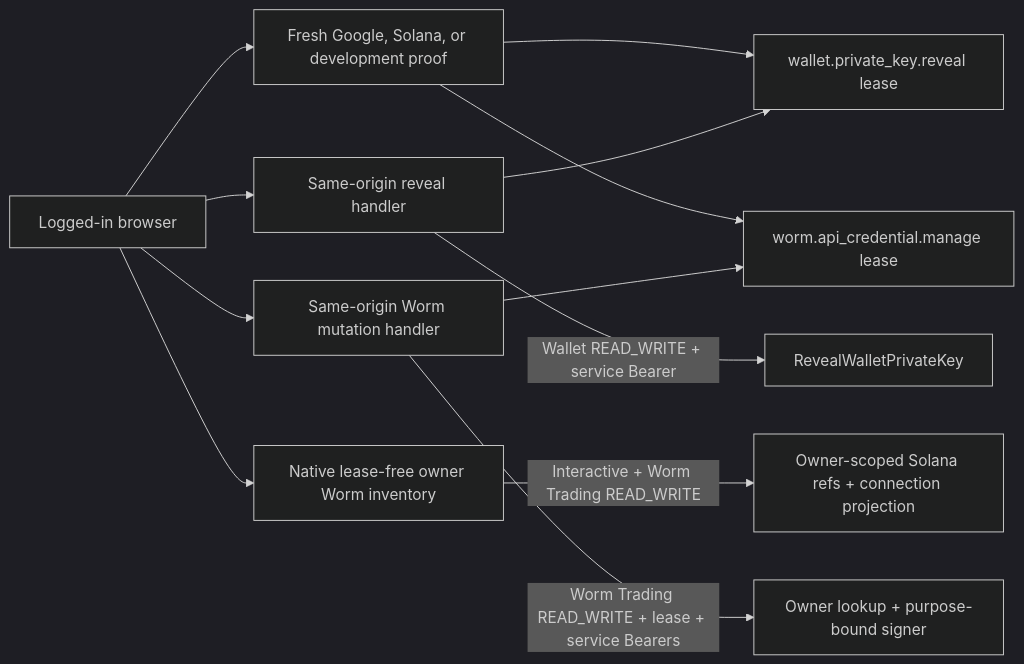
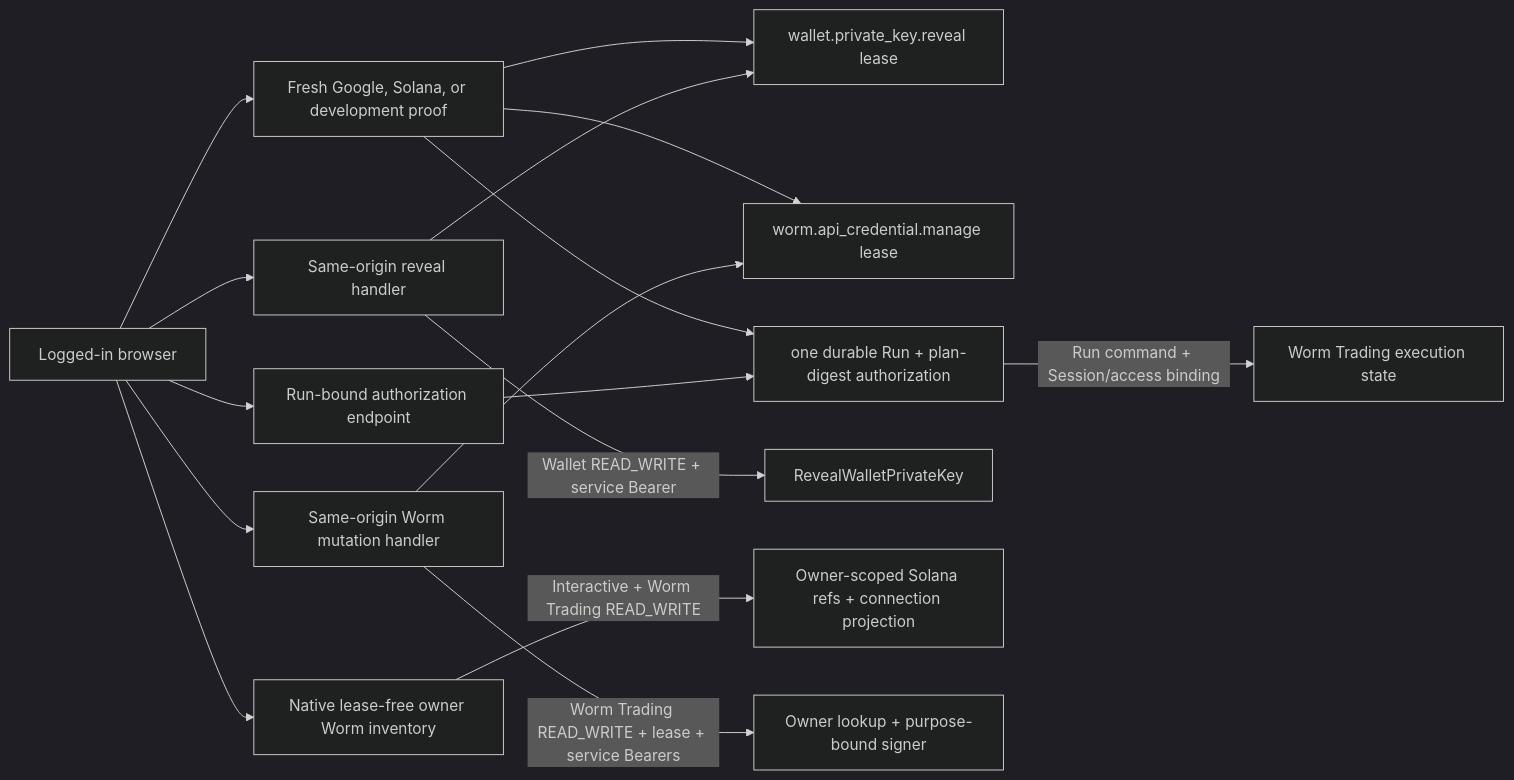
The diagram in docs/design/identity-access/wallet-secret-reauthentication.md (useryege/athena-o), drawn with Mermaid (dark theme) before and after one commit. The commit also changed other lines of this file and 60 other files, not shown here.

````diff
--- a/docs/design/identity-access/wallet-secret-reauthentication.md
+++ b/docs/design/identity-access/wallet-secret-reauthentication.md
@@ -39,14 +47,18 @@
 ```mermaid
 flowchart LR
     B["Logged-in browser"] --> P["Fresh Google, Solana, or development proof"]
     P --> R1["wallet.private_key.reveal lease"]
     P --> R2["worm.api_credential.manage lease"]
+    P --> R3["one durable Run + plan-digest authorization"]
     B --> H1["Same-origin reveal handler"]
     B --> I["Native lease-free owner Worm inventory"]
     B --> H2["Same-origin Worm mutation handler"]
     H1 --> R1
     H2 --> R2
+    B --> H3["Run-bound authorization endpoint"]
+    H3 --> R3
     H1 -->|"Wallet READ_WRITE + service Bearer"| W1["RevealWalletPrivateKey"]
     I -->|"Interactive + Worm Trading READ_WRITE"| W2["Owner-scoped Solana refs + connection projection"]
     H2 -->|"Worm Trading READ_WRITE + lease + service Bearers"| W3["Owner lookup + purpose-bound signer"]
+    R3 -->|"Run command + Session/access binding"| E["Worm Trading execution state"]
 ```
````
